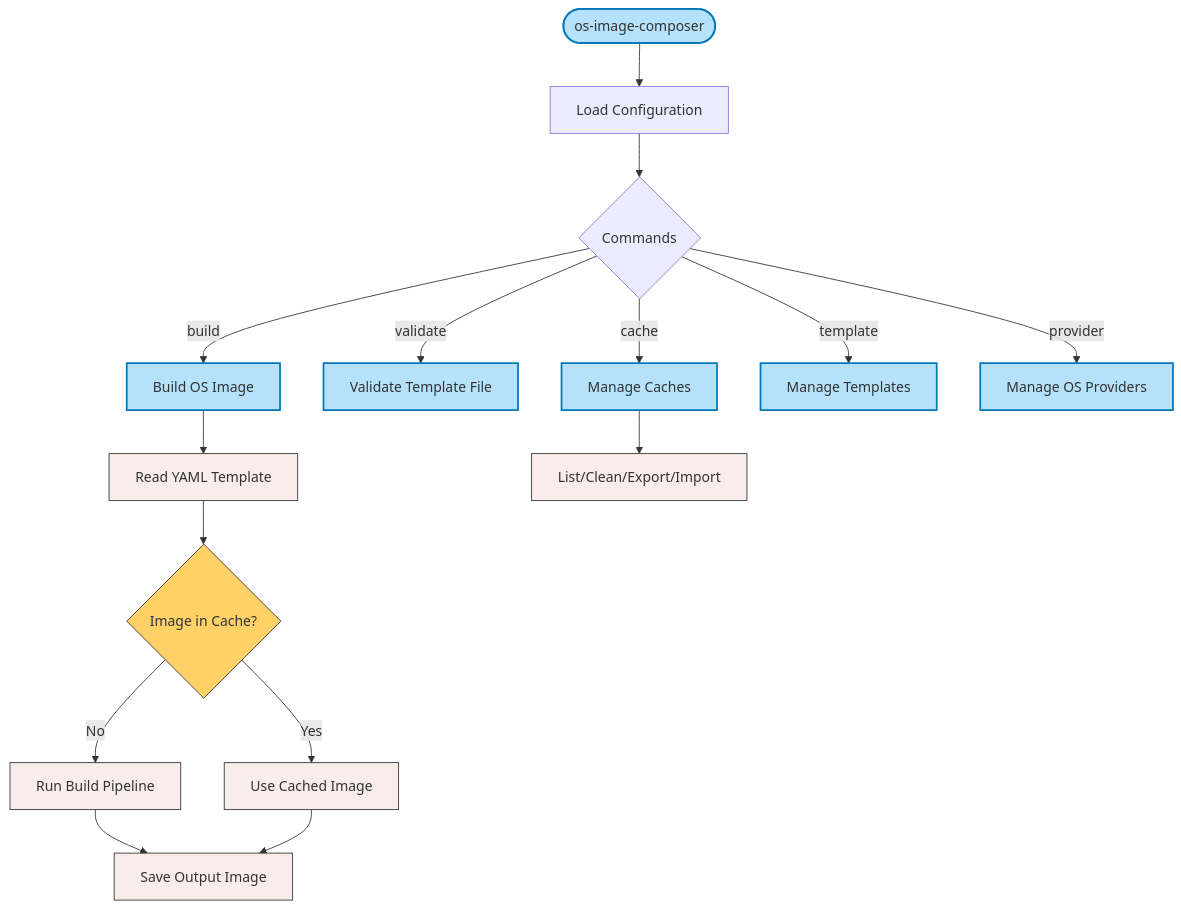
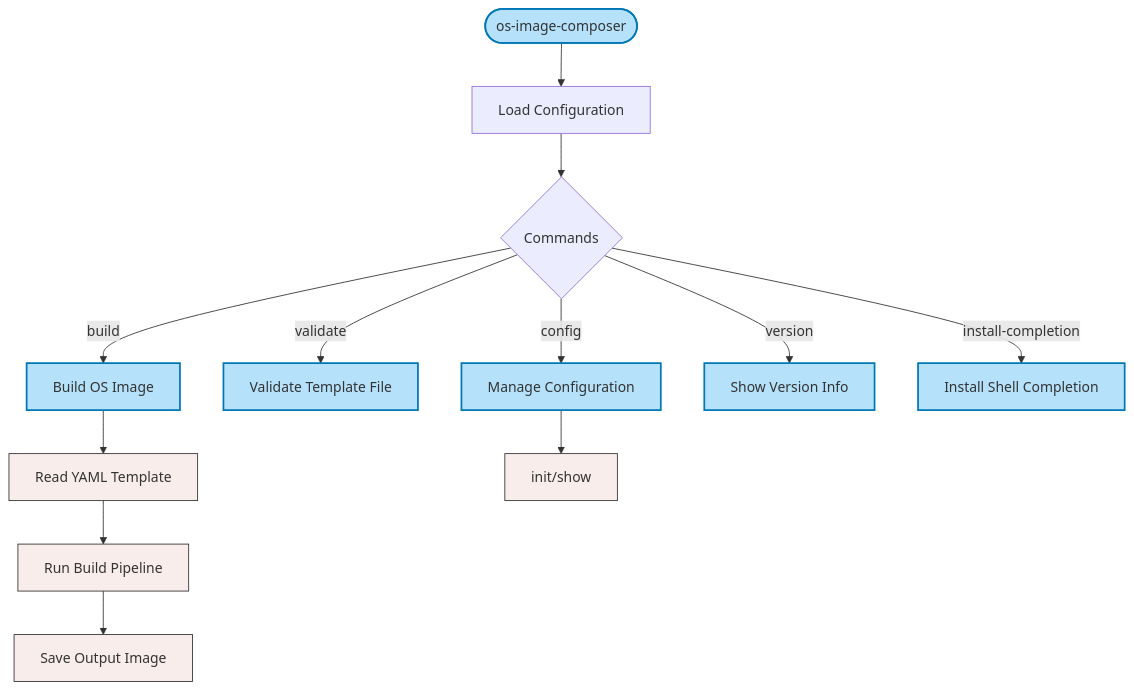
One commit to wiwaszko-intel/os-image-composer changed the diagram in docs/architecture/os-image-composer-cli-specification.md. Above: the diagram before and after it, drawn with Mermaid. The commit also changed other lines of this file, not shown here.

````diff
--- a/docs/architecture/os-image-composer-cli-specification.md
+++ b/docs/architecture/os-image-composer-cli-specification.md
@@ -54,34 +59,28 @@
 ```mermaid
 flowchart TD
 
     Start([os-image-composer]) --> Config[Load Configuration]
     Config --> Commands{Commands}
 
     Commands -->|build| Build[Build OS Image]
     Build --> ReadTemplate[Read YAML Template]
-    ReadTemplate --> CheckCache{Image in Cache?}
-    CheckCache -->|Yes| UseCache[Use Cached Image]
-    CheckCache -->|No| BuildProcess[Run Build Pipeline]
+    ReadTemplate --> BuildProcess[Run Build Pipeline]
     BuildProcess --> SaveImage[Save Output Image]
-    UseCache --> SaveImage
 
     Commands -->|validate| Validate[Validate Template File]
 
-    Commands -->|cache| Cache[Manage Caches]
-    Cache --> CacheOps[List/Clean/Export/Import]
+    Commands -->|config| ConfigCmd[Manage Configuration]
+    ConfigCmd --> ConfigOps[init/show]
 
-    Commands -->|template| Template[Manage Templates]
-
-    Commands -->|provider| Provider[Manage OS Providers]
+    Commands -->|version| Version[Show Version Info]
+    
+    Commands -->|install-completion| Completion[Install Shell Completion]
 
     %% Styling
     classDef command fill:#b5e2fa,stroke:#0077b6,stroke-width:2px;
     classDef process fill:#f8edeb,stroke:#333,stroke-width:1px;
-    classDef decision fill:#ffd166,stroke:#333,stroke-width:1px;
 
     class Start command;
-    class Build,Validate,Cache,Template,Provider command;
-    class CheckCache decision;
-    class ReadTemplate,BuildProcess,SaveImage,UseCache,CacheOps process;
-
+    class Build,Validate,ConfigCmd,Version,Completion command;
+    class ReadTemplate,BuildProcess,SaveImage,ConfigOps process;
 ```
````
